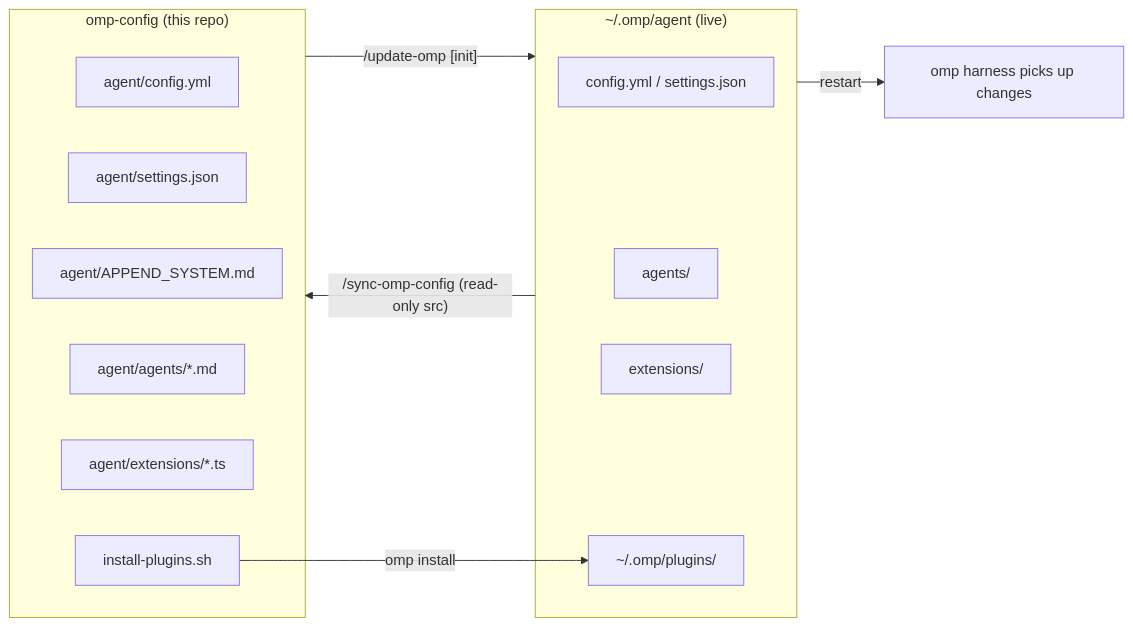
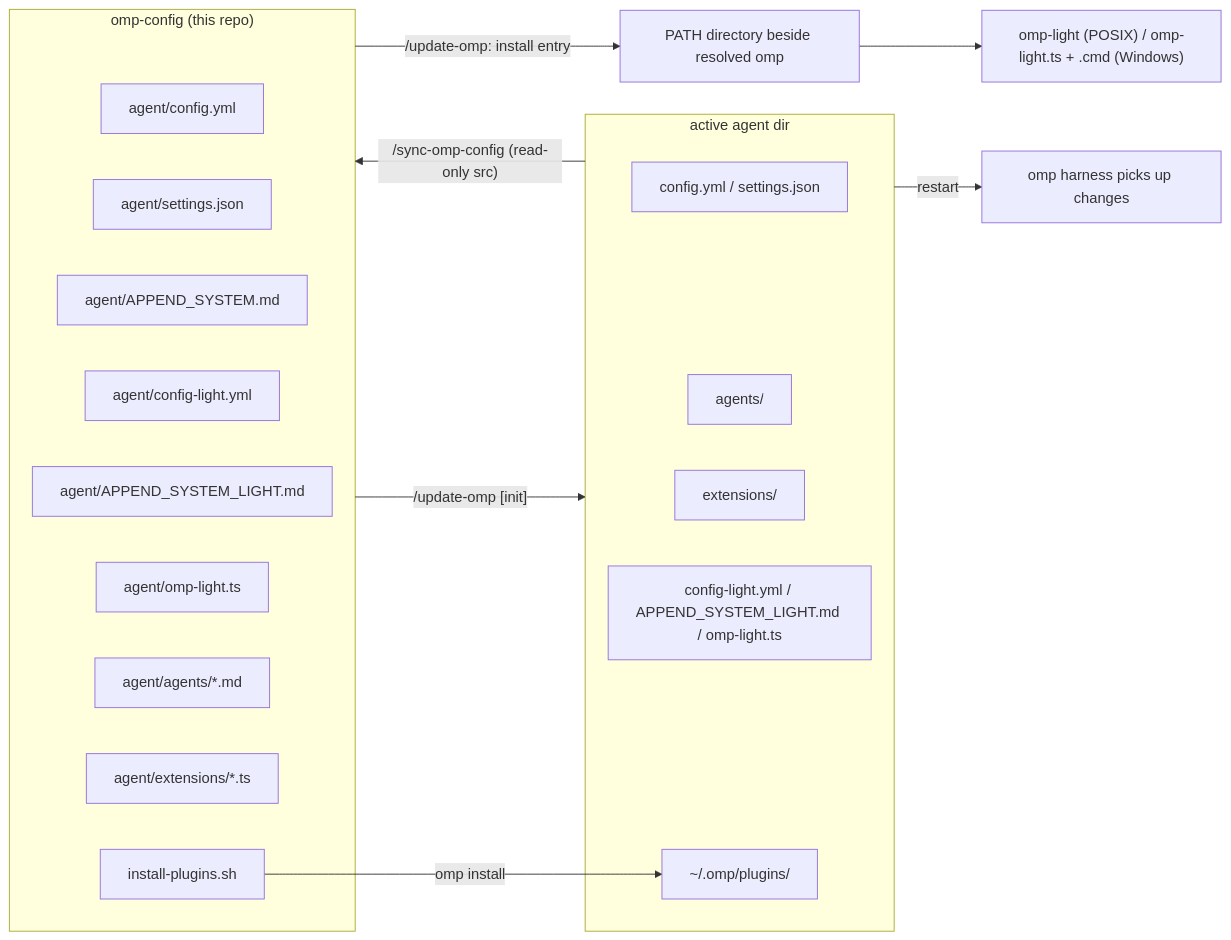
Before and after one commit to mouriya-s-lab/omp-config: the diagram in AGENTS.md, drawn with Mermaid. The commit also changed other lines of this file and 6 other files, not shown here.

First line of the commit message:
Add light-mode OMP launcher and asset synchronization

````diff
--- a/AGENTS.md
+++ b/AGENTS.md
@@ -19,21 +20,29 @@
 ```mermaid
 flowchart LR
   subgraph repo["omp-config (this repo)"]
     A["agent/config.yml"]
     S["agent/settings.json"]
     P["agent/APPEND_SYSTEM.md"]
+    L1["agent/config-light.yml"]
+    L2["agent/APPEND_SYSTEM_LIGHT.md"]
+    L3["agent/omp-light.ts"]
     G["agent/agents/*.md"]
     E["agent/extensions/*.ts"]
     I["install-plugins.sh"]
   end
-  subgraph machine["~/.omp/agent (live)"]
+  subgraph machine["active agent dir"]
     LA["config.yml / settings.json"]
     LG["agents/"]
     LE["extensions/"]
+    LL["config-light.yml / APPEND_SYSTEM_LIGHT.md / omp-light.ts"]
     PL["~/.omp/plugins/"]
   end
+  O["PATH directory beside resolved omp"]
+  M["omp-light (POSIX) / omp-light.ts + .cmd (Windows)"]
   repo -->|"/update-omp [init]"| machine
+  repo -->|"/update-omp: install entry"| O
+  O --> M
   machine -->|"/sync-omp-config (read-only src)"| repo
   I -->|"omp install"| PL
   machine -->|restart| H["omp harness picks up changes"]
 ```
````
